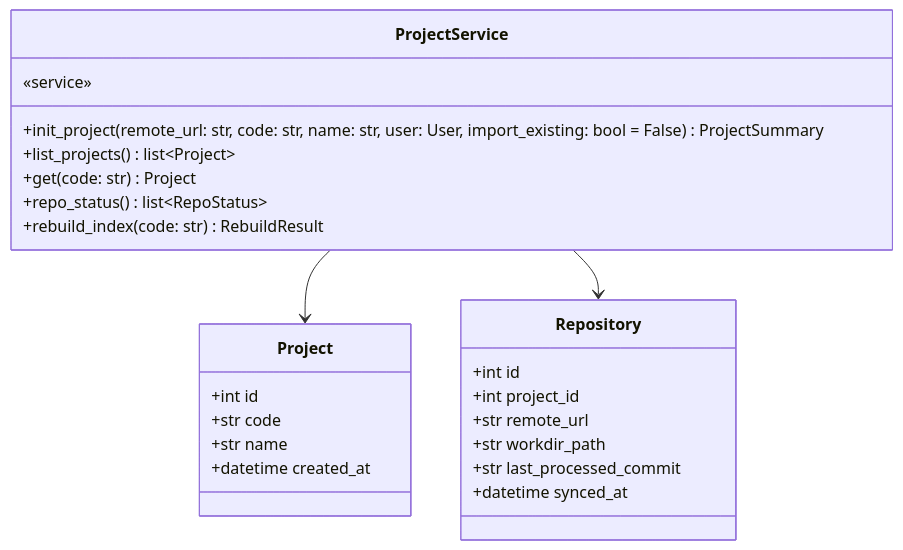
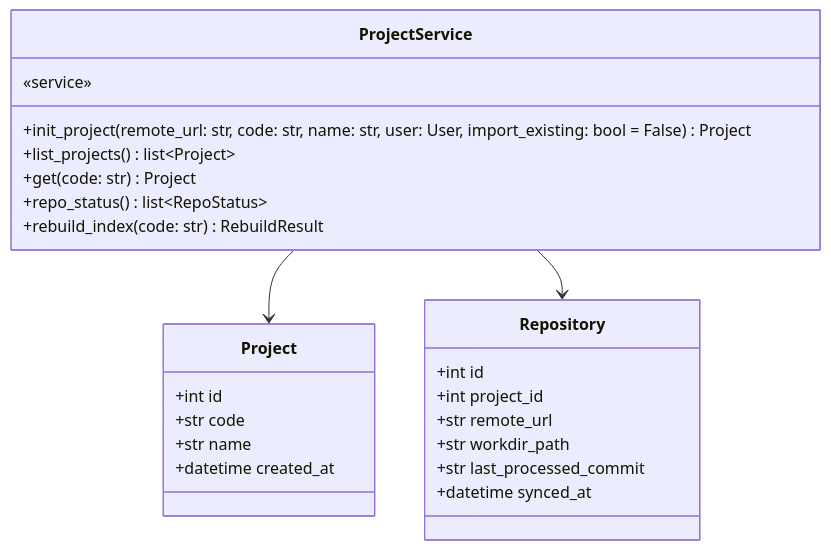
Diagram 15 of 20 in docs/specs/DOM/SYNC-DOM-002.md (HoyoungParkme/syncdoc), drawn with Mermaid before and after one commit. The commit also changed other lines of this file, not shown here.

First line of the commit message:
spec(SYNC-DOM-002): init_project → Project, relocate(old_version_no), save_pipeline(project_code)

````diff
--- a/docs/specs/DOM/SYNC-DOM-002.md
+++ b/docs/specs/DOM/SYNC-DOM-002.md
@@ -495,27 +495,27 @@
 ```mermaid
 classDiagram
     class ProjectService {
         «service»
-        +init_project(remote_url: str, code: str, name: str, user: User, import_existing: bool = False) ProjectSummary
+        +init_project(remote_url: str, code: str, name: str, user: User, import_existing: bool = False) Project
         +list_projects() list~Project~
         +get(code: str) Project
         +repo_status() list~RepoStatus~
         +rebuild_index(code: str) RebuildResult
     }
     class Project {
         +int id
         +str code
         +str name
         +datetime created_at
     }
     class Repository {
         +int id
         +int project_id
         +str remote_url
         +str workdir_path
         +str last_processed_commit
         +datetime synced_at
     }
     ProjectService --> Project
     ProjectService --> Repository
 ```
````
